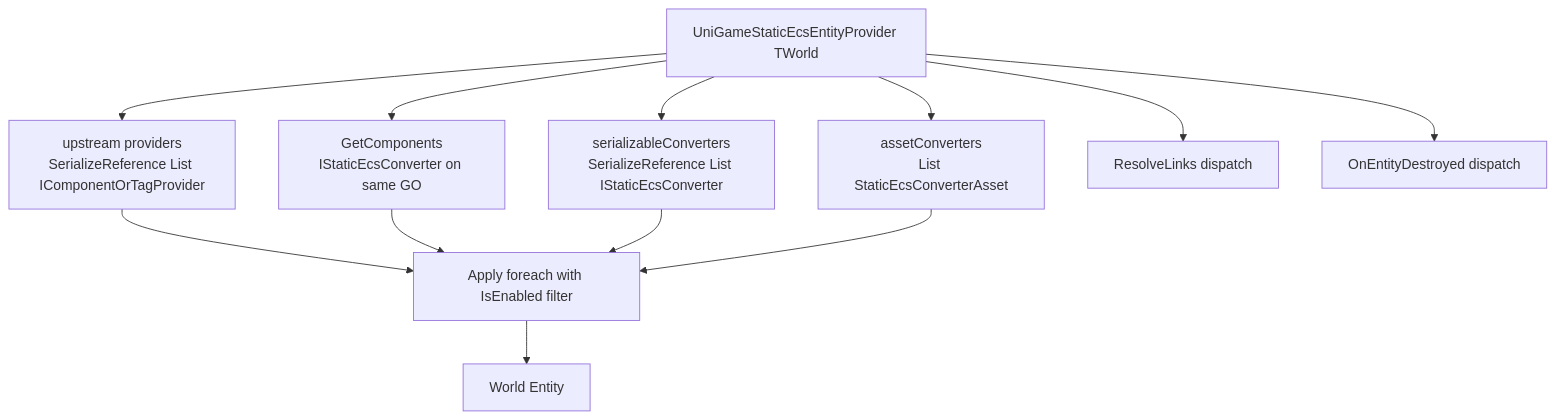
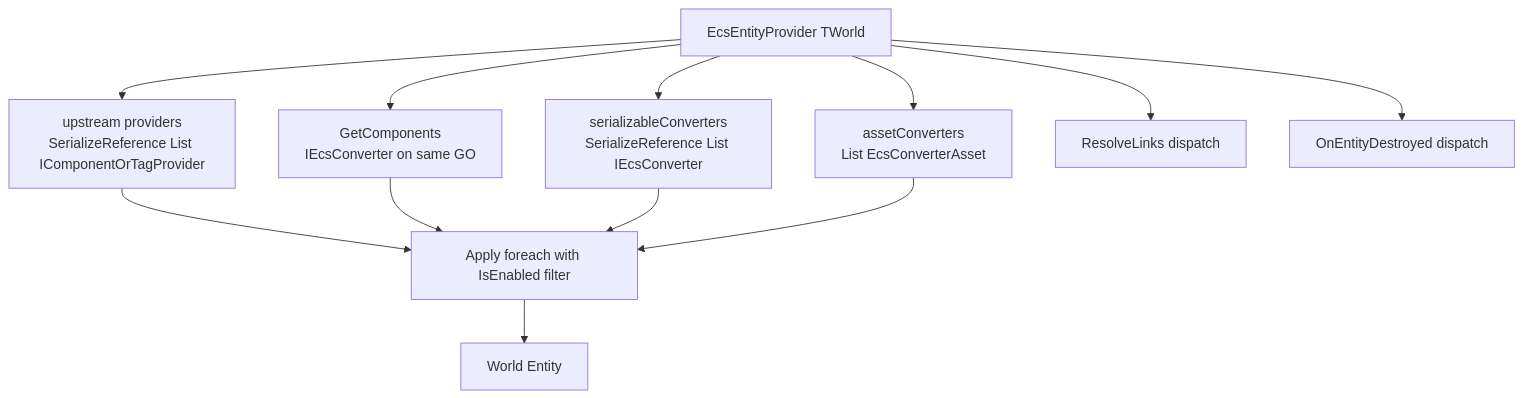
The diagram in README.md (UnioGame/unigame.staticecs.unity), drawn with Mermaid before and after one commit. The commit also changed other lines of this file and 32 other files, not shown here.

````diff
--- a/README.md
+++ b/README.md
@@ -29,24 +29,24 @@
 ```mermaid
 flowchart TB
-  Provider["UniGameStaticEcsEntityProvider TWorld"]
+  Provider["EcsEntityProvider TWorld"]
   UpstreamProviders["upstream providers<br/>SerializeReference List IComponentOrTagProvider"]
-  Serialized["serializableConverters<br/>SerializeReference List IStaticEcsConverter"]
-  Assets["assetConverters<br/>List StaticEcsConverterAsset"]
-  Mono["GetComponents<br/>IStaticEcsConverter on same GO"]
+  Serialized["serializableConverters<br/>SerializeReference List IEcsConverter"]
+  Assets["assetConverters<br/>List EcsConverterAsset"]
+  Mono["GetComponents<br/>IEcsConverter on same GO"]
   Pipeline["Apply foreach with IsEnabled filter"]
   Entity["World Entity"]
   ResolveLinks["ResolveLinks dispatch"]
   Destroy["OnEntityDestroyed dispatch"]
 
   Provider --> UpstreamProviders
   Provider --> Mono
   Provider --> Serialized
   Provider --> Assets
   UpstreamProviders --> Pipeline
   Mono --> Pipeline
   Serialized --> Pipeline
   Assets --> Pipeline
   Pipeline --> Entity
   Provider --> ResolveLinks
   Provider --> Destroy
 ```
````
